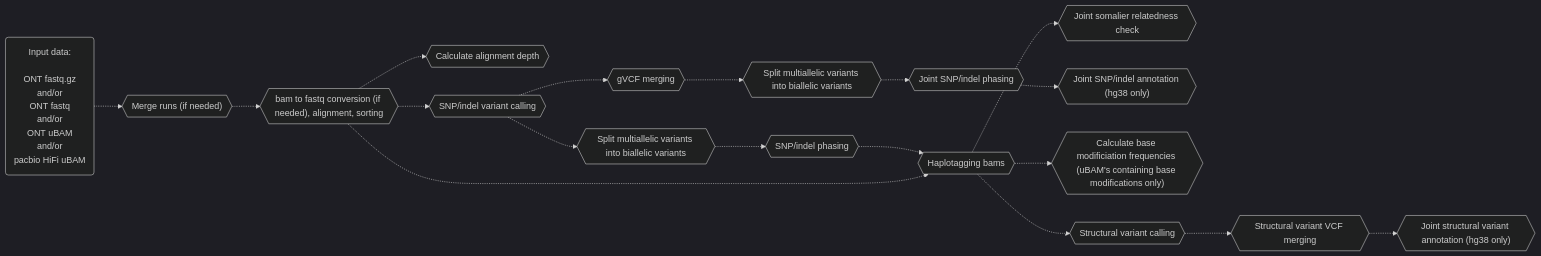
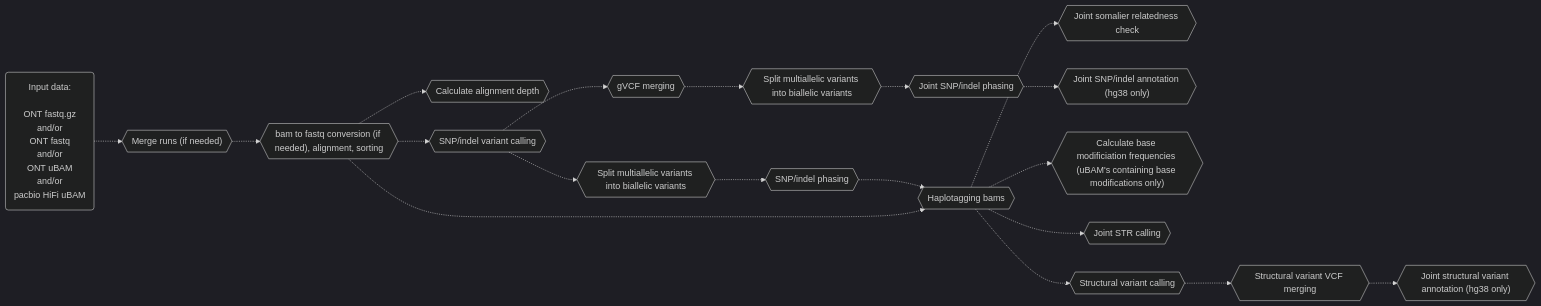
Before and after one commit to leahkemp/pipeface: the second of 3 diagrams in README.md, drawn with Mermaid. The commit also changed other lines of this file and 6 other files, not shown here.

````diff
--- a/README.md
+++ b/README.md
@@ -45,31 +47,33 @@
 ```mermaid
 %%{init: {'theme':'dark'}}%%
 flowchart LR
 
 input_data("Input data: <br><br> ONT fastq.gz <br> and/or <br> ONT fastq <br> and/or <br> ONT uBAM <br> and/or <br> pacbio HiFi uBAM")
 merging{{"Merge runs (if needed)"}}
 alignment{{"bam to fastq conversion (if needed), alignment, sorting"}}
 depth{{"Calculate alignment depth"}}
 snp_indel_calling{{"SNP/indel variant calling"}}
 split_multiallele{{"Split multiallelic variants into biallelic variants"}}
 snp_indel_phasing{{"SNP/indel phasing"}}
 joint_somalier{{"Joint somalier relatedness check"}}
 gvcf_merging{{"gVCF merging"}}
 joint_split_multiallele{{"Split multiallelic variants into biallelic variants"}}
 joint_snp_indel_phasing{{"Joint SNP/indel phasing"}}
 joint_snp_indel_annotation{{"Joint SNP/indel annotation (hg38 only)"}}
 haplotagging{{"Haplotagging bams"}}
 calculate_base_mod_freqs{{"Calculate base modificiation frequencies (uBAM's containing base modifications only)"}}
+joint_str_calling{{"Joint STR calling"}}
 sv_calling{{"Structural variant calling"}}
 sv_vcf_merging{{"Structural variant VCF merging"}}
 joint_sv_annotation{{"Joint structural variant annotation (hg38 only)"}}
 
 input_data-.->merging-.->alignment-.->snp_indel_calling-.->split_multiallele-.->snp_indel_phasing-.->haplotagging-.->sv_calling
 alignment-.->depth
 alignment-.->haplotagging
 haplotagging-.->calculate_base_mod_freqs
+haplotagging-.->joint_str_calling
 haplotagging-.->joint_somalier
 snp_indel_calling-.->gvcf_merging-.->joint_split_multiallele-.->joint_snp_indel_phasing-.->joint_snp_indel_annotation
 sv_calling-.->sv_vcf_merging-.->joint_sv_annotation
 
 ```
````
